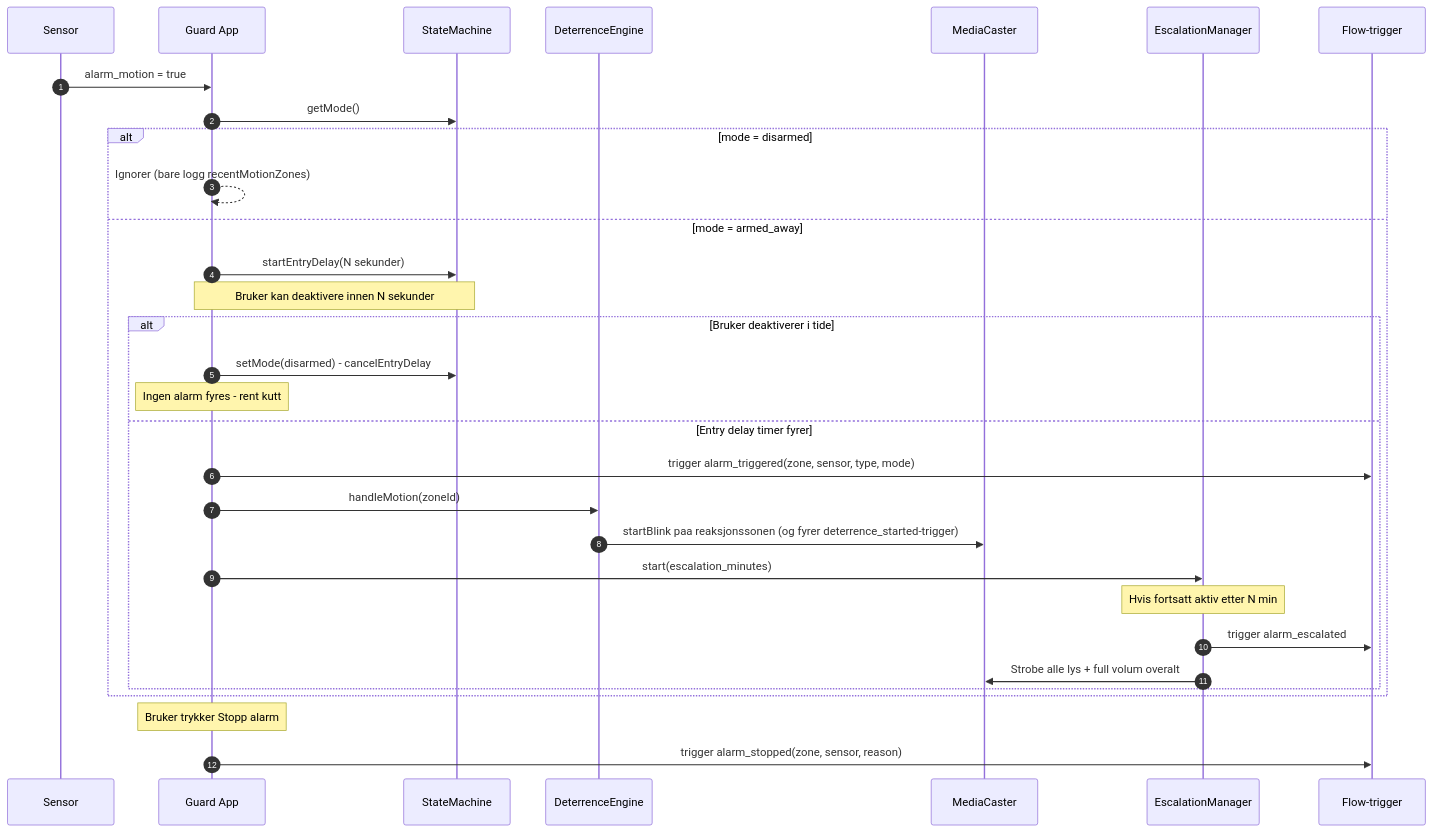
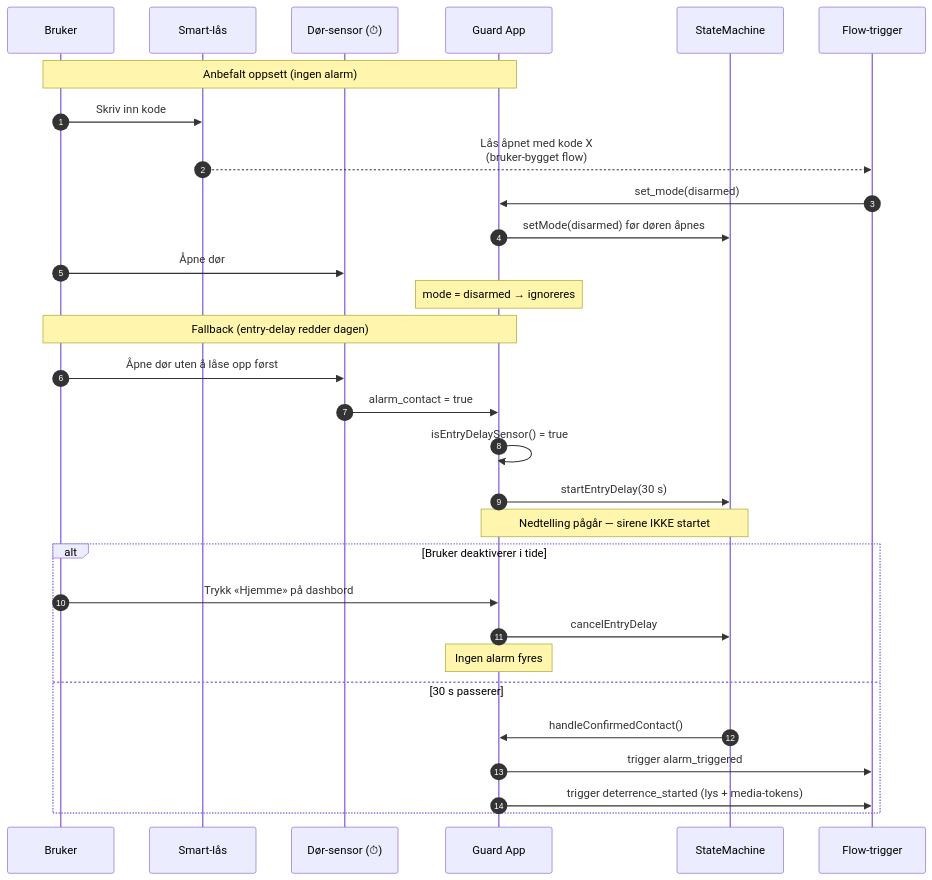
One commit to thomasekdahlN/mccallisterguard changed the fourth of 5 diagrams in README.md. Above: the diagram before and after it, drawn with Mermaid. The commit also changed other lines of this file and 1 other file, not shown here.

First line of the commit message:
docs(readme): refresh diagrams + entry-delay coverage across all docs

````diff
--- a/README.md
+++ b/README.md
@@ -78,33 +151,34 @@
 ```mermaid
 sequenceDiagram
   autonumber
-  participant S as Sensor
+  participant U as Bruker
+  participant L as Smart-lås
+  participant D as Dør-sensor (⏱)
   participant App as Guard App
   participant SM as StateMachine
-  participant DE as DeterrenceEngine
-  participant MC as MediaCaster
-  participant EM as EscalationManager
   participant F as Flow-trigger
-  S->>App: alarm_motion = true
-  App->>SM: getMode()
-  alt mode = disarmed
-    App-->>App: Ignorer (bare logg recentMotionZones)
-  else mode = armed_away
-    App->>SM: startEntryDelay(N sekunder)
-    Note over App,SM: Bruker kan deaktivere innen N sekunder
-    alt Bruker deaktiverer i tide
-      App->>SM: setMode(disarmed) - cancelEntryDelay
-      Note over App: Ingen alarm fyres - rent kutt
-    else Entry delay timer fyrer
-      App->>F: trigger alarm_triggered(zone, sensor, type, mode)
-      App->>DE: handleMotion(zoneId)
-      DE->>MC: startBlink paa reaksjonssonen (og fyrer deterrence_started-trigger)
-      App->>EM: start(escalation_minutes)
-      Note over EM: Hvis fortsatt aktiv etter N min
-      EM->>F: trigger alarm_escalated
-      EM->>MC: Strobe alle lys + full volum overalt
-    end
+
+  Note over U,App: Anbefalt oppsett (ingen alarm)
+  U->>L: Skriv inn kode
+  L-->>F: Lås åpnet med kode X<br/>(bruker-bygget flow)
+  F->>App: set_mode(disarmed)
+  App->>SM: setMode(disarmed) før døren åpnes
+  U->>D: Åpne dør
+  Note over App: mode = disarmed → ignoreres
+
+  Note over U,App: Fallback (entry-delay redder dagen)
+  U->>D: Åpne dør uten å låse opp først
+  D->>App: alarm_contact = true
+  App->>App: isEntryDelaySensor() = true
+  App->>SM: startEntryDelay(30 s)
+  Note over App,SM: Nedtelling pågår — sirene IKKE startet
+  alt Bruker deaktiverer i tide
+    U->>App: Trykk «Hjemme» på dashbord
+    App->>SM: cancelEntryDelay
+    Note over App: Ingen alarm fyres
+  else 30 s passerer
+    SM->>App: handleConfirmedContact()
+    App->>F: trigger alarm_triggered
+    App->>F: trigger deterrence_started (lys + media-tokens)
   end
-  Note over App: Bruker trykker Stopp alarm
-  App->>F: trigger alarm_stopped(zone, sensor, reason)
 ```
````
